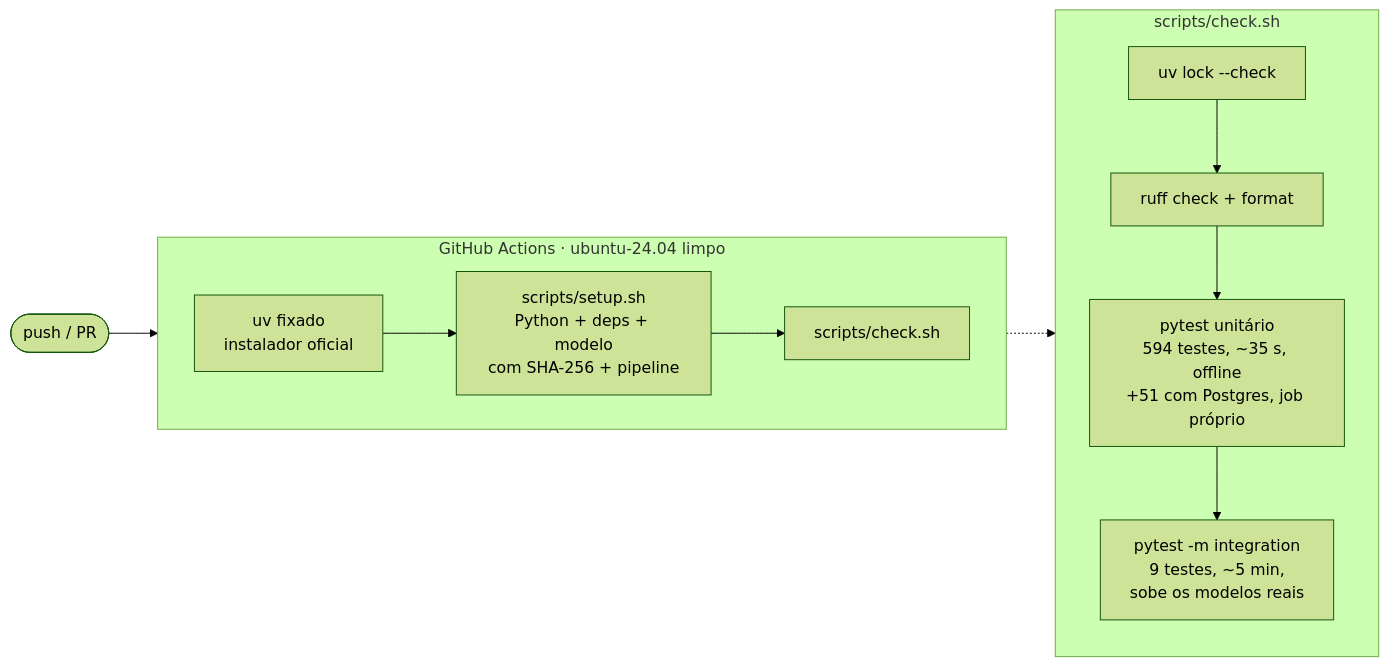
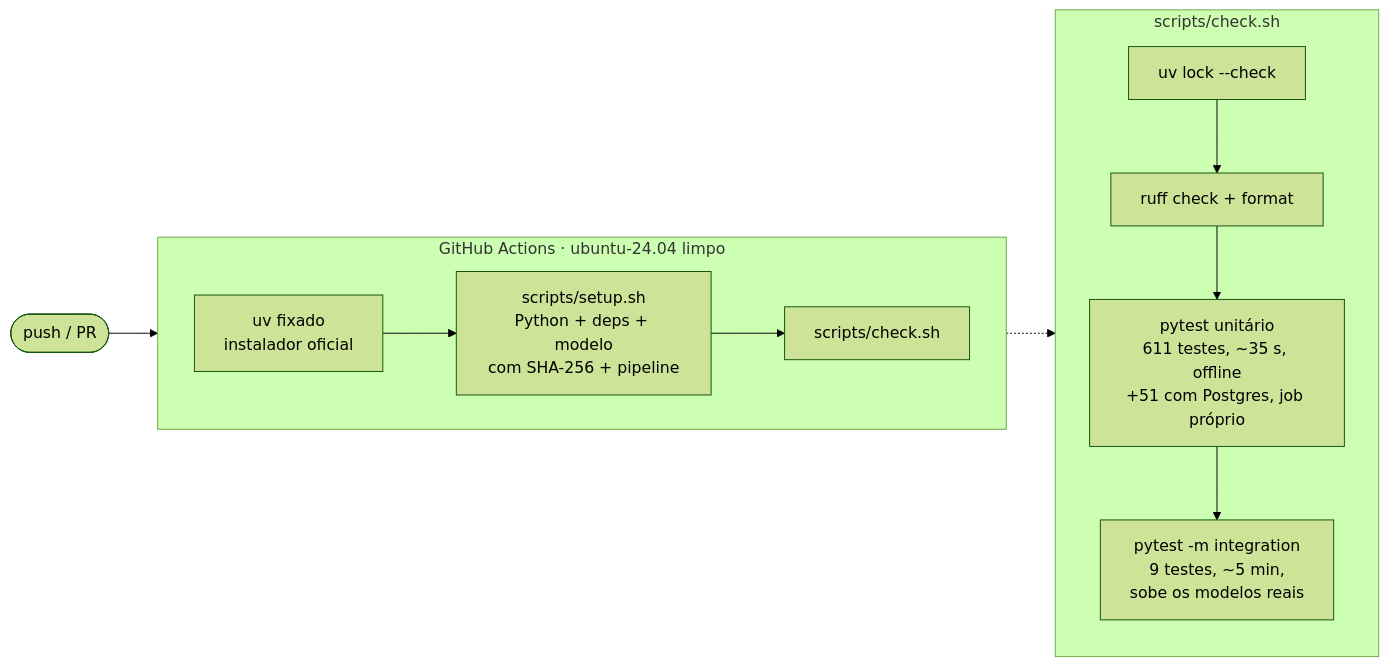
The sixth of 23 diagrams in README.md (RonildoSilva/ai-engineer-challenge), drawn with Mermaid (forest theme) before and after one commit. The commit also changed other lines of this file and 9 other files, not shown here.

````diff
--- a/README.md
+++ b/README.md
@@ -268,15 +270,15 @@
 ```mermaid
 flowchart LR
     P([push / PR]) --> CI
     subgraph CI[GitHub Actions · ubuntu-24.04 limpo]
         direction LR
         U[uv fixado<br/>instalador oficial] --> S[scripts/setup.sh<br/>Python + deps + modelo<br/>com SHA-256 + pipeline] --> K[scripts/check.sh]
     end
     subgraph K2[scripts/check.sh]
         direction TB
         L1[uv lock --check] --> L2[ruff check + format]
-        L2 --> L3[pytest unitário<br/>594 testes, ~35 s, offline<br/>+51 com Postgres, job próprio]
+        L2 --> L3[pytest unitário<br/>611 testes, ~35 s, offline<br/>+51 com Postgres, job próprio]
         L3 --> L4[pytest -m integration<br/>9 testes, ~5 min,<br/>sobe os modelos reais]
     end
     K -.-> K2
 ```
````
